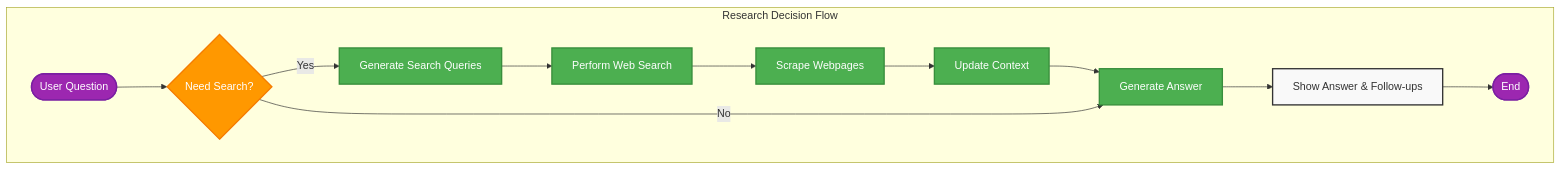
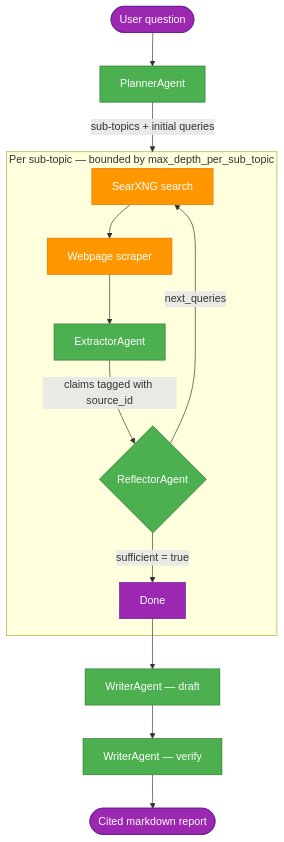
One commit to BrainBlend-AI/atomic-agents changed the first of 3 diagrams in atomic-examples/deep-research/mermaid.md. Above: the diagram before and after it, drawn with Mermaid. The commit also changed other lines of this file and 5 other files, not shown here.

````diff
--- a/atomic-examples/deep-research/mermaid.md
+++ b/atomic-examples/deep-research/mermaid.md
@@ -1,25 +1,27 @@
 ```mermaid
 flowchart TD
-    %% Decision Flow Diagram
-    subgraph DecisionFlow["Research Decision Flow"]
-        Start([User Question]) --> B{Need Search?}
-        B -->|Yes| C[Generate Search Queries]
-        C --> D[Perform Web Search]
-        D --> E[Scrape Webpages]
-        E --> F[Update Context]
-        F --> G[Generate Answer]
-        B -->|No| G
-        G --> H[Show Answer & Follow-ups]
-        H --> End([End])
+    %% Pipeline overview — first turn
+    Start([User question]) --> P[PlannerAgent]
+    P -->|sub-topics + initial queries| Loop
+
+    subgraph Loop["Per sub-topic — bounded by max_depth_per_sub_topic"]
+        S[SearXNG search] --> Sc[Webpage scraper]
+        Sc --> E[ExtractorAgent]
+        E -->|claims tagged with source_id| R{ReflectorAgent}
+        R -->|sufficient = true| Done
+        R -->|next_queries| S
     end
 
-    classDef default fill:#f9f9f9,stroke:#333,stroke-width:2px;
-    classDef decision fill:#ff9800,stroke:#f57c00,color:#fff;
-    classDef process fill:#4caf50,stroke:#388e3c,color:#fff;
-    classDef terminator fill:#9c27b0,stroke:#7b1fa2,color:#fff;
+    Done --> W1[WriterAgent — draft]
+    W1 --> W2[WriterAgent — verify]
+    W2 --> Out([Cited markdown report])
 
-    class B decision;
-    class C,D,E,F,G process;
-    class Start,End terminator;
+    classDef agent fill:#4CAF50,stroke:#2E7D32,color:#fff;
+    classDef tool fill:#FF9800,stroke:#EF6C00,color:#fff;
+    classDef terminator fill:#9C27B0,stroke:#6A1B9A,color:#fff;
 
+    class P,E,W1,W2 agent;
+    class R agent;
+    class S,Sc tool;
+    class Start,Out,Done terminator;
 ```
````
